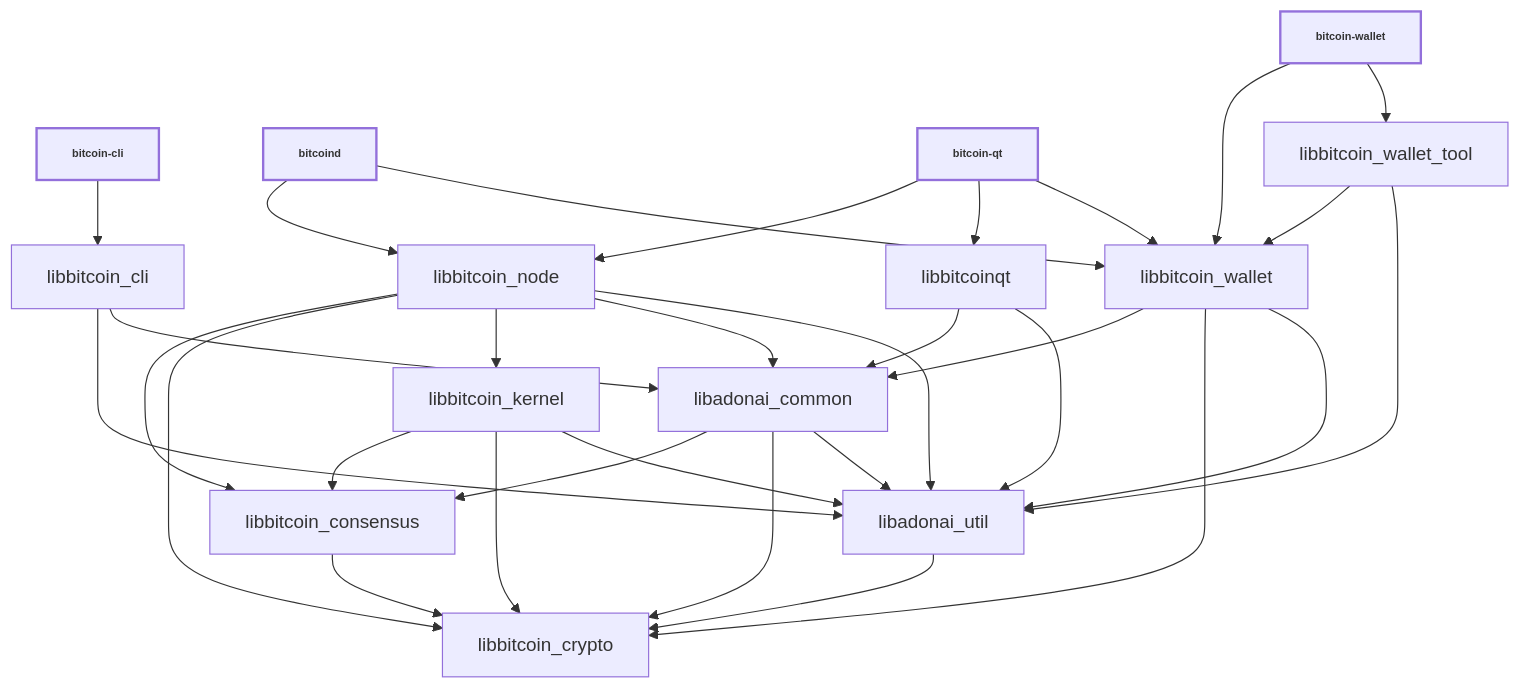
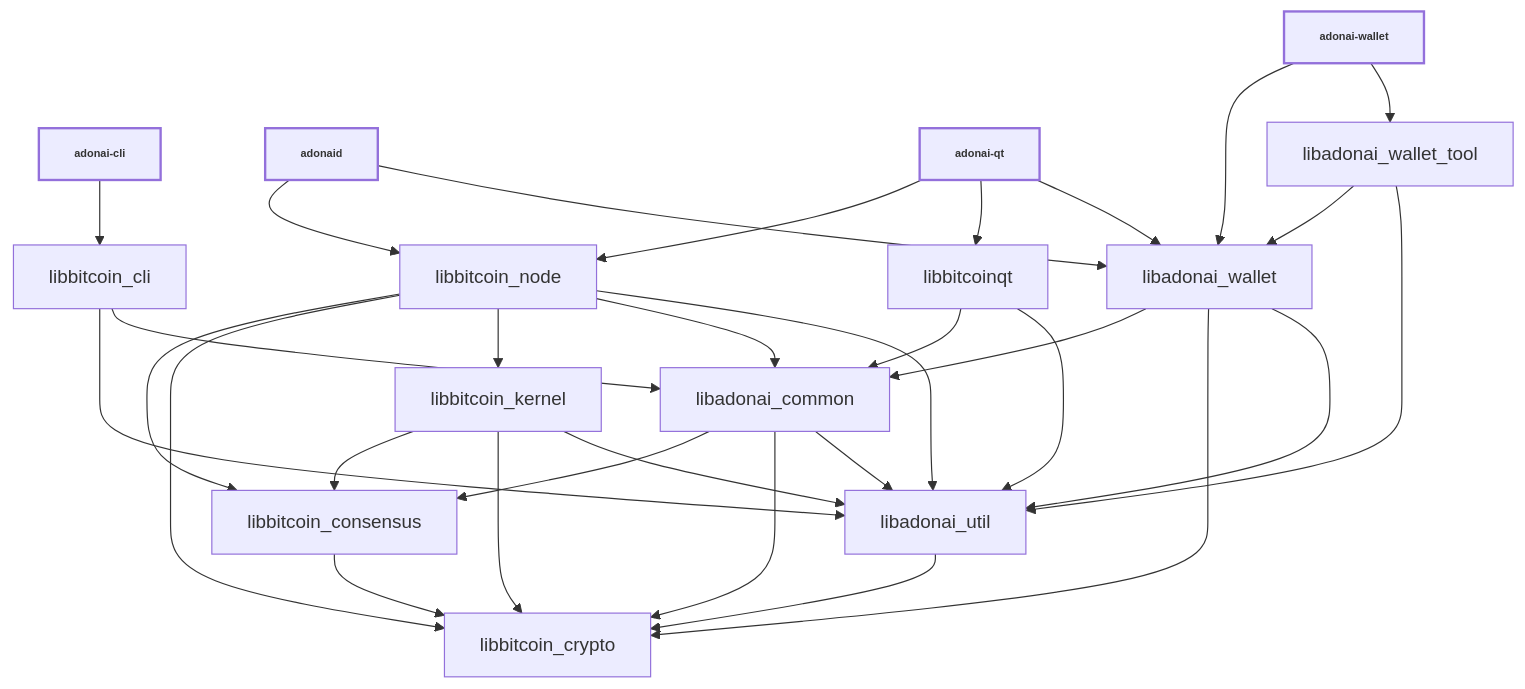
Before and after one commit to YHWH-angel/ADONAI: the diagram in doc/design/libraries.md, drawn with Mermaid. The commit also changed other lines of this file and 4 other files, not shown here.

Commit message:
Rename build info header and wallet references to Adonai

````diff
--- a/doc/design/libraries.md
+++ b/doc/design/libraries.md
@@ -36,52 +36,52 @@
 ```mermaid
 
 %%{ init : { "flowchart" : { "curve" : "basis" }}}%%
 
 graph TD;
 
-bitcoin-cli[bitcoin-cli]-->libbitcoin_cli;
+adonai-cli[adonai-cli]-->libbitcoin_cli;
 
-bitcoind[bitcoind]-->libbitcoin_node;
-bitcoind[bitcoind]-->libbitcoin_wallet;
+adonaid[adonaid]-->libbitcoin_node;
+adonaid[adonaid]-->libadonai_wallet;
 
-bitcoin-qt[bitcoin-qt]-->libbitcoin_node;
-bitcoin-qt[bitcoin-qt]-->libbitcoinqt;
-bitcoin-qt[bitcoin-qt]-->libbitcoin_wallet;
+adonai-qt[adonai-qt]-->libbitcoin_node;
+adonai-qt[adonai-qt]-->libbitcoinqt;
+adonai-qt[adonai-qt]-->libadonai_wallet;
 
-bitcoin-wallet[bitcoin-wallet]-->libbitcoin_wallet;
-bitcoin-wallet[bitcoin-wallet]-->libbitcoin_wallet_tool;
+adonai-wallet[adonai-wallet]-->libadonai_wallet;
+adonai-wallet[adonai-wallet]-->libadonai_wallet_tool;
 
 libbitcoin_cli-->libadonai_util;
 libbitcoin_cli-->libadonai_common;
 
 libbitcoin_consensus-->libbitcoin_crypto;
 
 libadonai_common-->libbitcoin_consensus;
 libadonai_common-->libbitcoin_crypto;
 libadonai_common-->libadonai_util;
 
 libbitcoin_kernel-->libbitcoin_consensus;
 libbitcoin_kernel-->libbitcoin_crypto;
 libbitcoin_kernel-->libadonai_util;
 
 libbitcoin_node-->libbitcoin_consensus;
 libbitcoin_node-->libbitcoin_crypto;
 libbitcoin_node-->libbitcoin_kernel;
 libbitcoin_node-->libadonai_common;
 libbitcoin_node-->libadonai_util;
 
 libbitcoinqt-->libadonai_common;
 libbitcoinqt-->libadonai_util;
 
 libadonai_util-->libbitcoin_crypto;
 
-libbitcoin_wallet-->libadonai_common;
-libbitcoin_wallet-->libbitcoin_crypto;
-libbitcoin_wallet-->libadonai_util;
+libadonai_wallet-->libadonai_common;
+libadonai_wallet-->libbitcoin_crypto;
+libadonai_wallet-->libadonai_util;
 
-libbitcoin_wallet_tool-->libbitcoin_wallet;
-libbitcoin_wallet_tool-->libadonai_util;
+libadonai_wallet_tool-->libadonai_wallet;
+libadonai_wallet_tool-->libadonai_util;
 
 classDef bold stroke-width:2px, font-weight:bold, font-size: smaller;
-class bitcoin-qt,bitcoind,bitcoin-cli,bitcoin-wallet bold
+class adonai-qt,adonaid,adonai-cli,adonai-wallet bold
 ```
````
